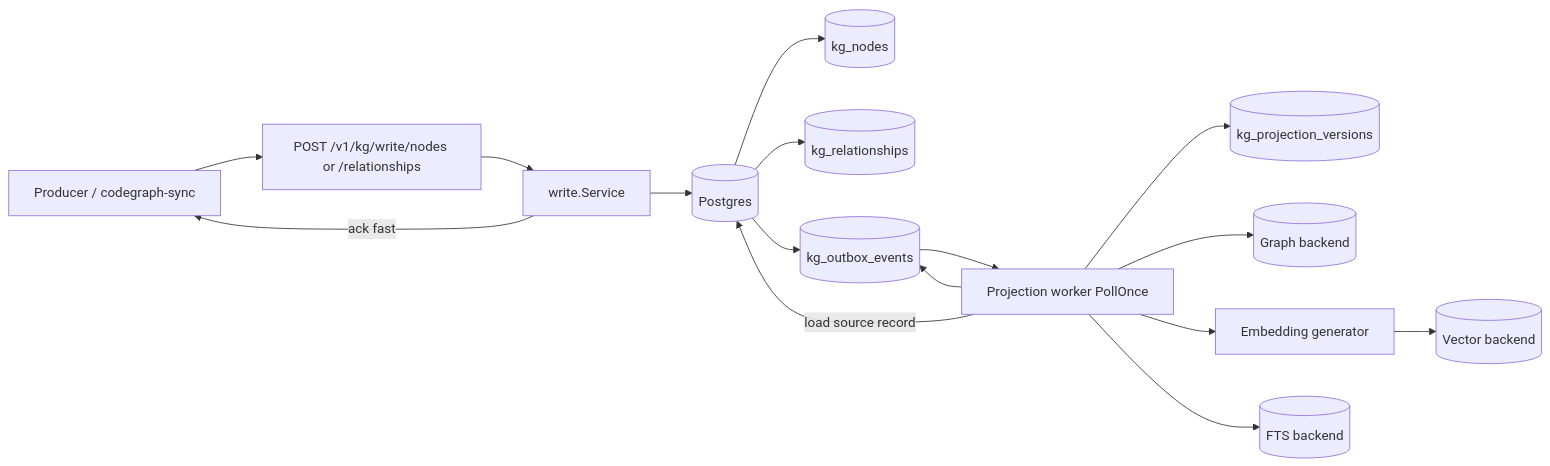
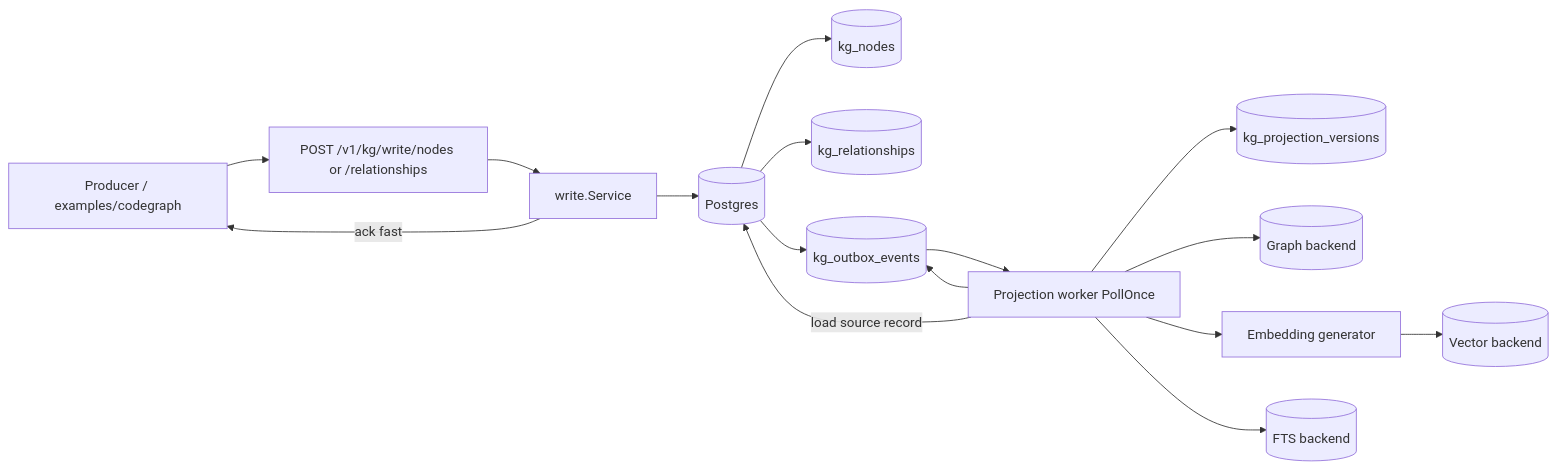
One commit to blcvn/knowledge-gateway changed the first of 2 diagrams in openspec/changes/archive/2026-06-23-optimize-kg-write-sync-pipeline/flow-diagram.md. Above: the diagram before and after it, drawn with Mermaid. The commit also changed 100 other files, not shown here.

````diff
--- a/openspec/changes/archive/2026-06-23-optimize-kg-write-sync-pipeline/flow-diagram.md
+++ b/openspec/changes/archive/2026-06-23-optimize-kg-write-sync-pipeline/flow-diagram.md
@@ -5,30 +5,30 @@
 ```mermaid
 flowchart LR
-    Producer[Producer / codegraph-sync]
+    Producer[Producer / examples/codegraph]
     WriteAPI[POST /v1/kg/write/nodes or /relationships]
     WriteSvc[write.Service]
     Pg[(Postgres)]
     Nodes[(kg_nodes)]
     Rels[(kg_relationships)]
     Outbox[(kg_outbox_events)]
     Versions[(kg_projection_versions)]
     Worker[Projection worker PollOnce]
     Graph[(Graph backend)]
     Embed[Embedding generator]
     Vector[(Vector backend)]
     FTS[(FTS backend)]
 
     Producer --> WriteAPI --> WriteSvc --> Pg
     Pg --> Nodes
     Pg --> Rels
     Pg --> Outbox
     WriteSvc -->|ack fast| Producer
 
     Worker --> Outbox
     Outbox --> Worker
     Worker -->|load source record| Pg
     Worker --> Graph
     Worker --> Embed --> Vector
     Worker --> FTS
     Worker --> Versions
 ```
````
